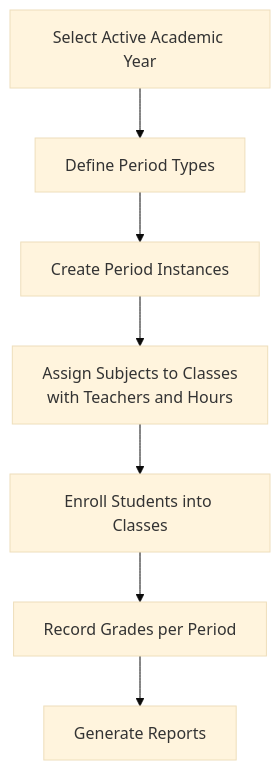
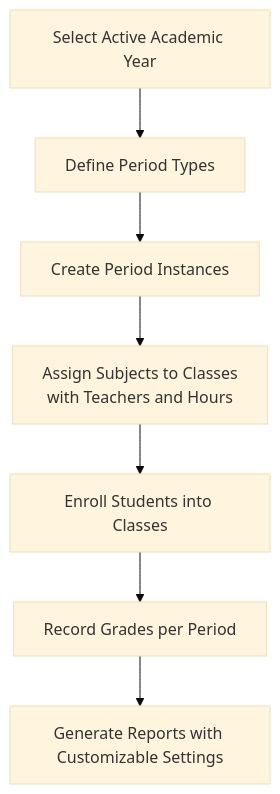
The tenth of 11 diagrams in .qoder/repowiki/en/content/Modules & Features/Academic Modules/Academic Modules.md (franckylab/eLISAschool), drawn with Mermaid (base theme) before and after one commit. The commit also changed other lines of this file and 155 other files, not shown here.

````diff
--- a/.qoder/repowiki/en/content/Modules & Features/Academic Modules/Academic Modules.md
+++ b/.qoder/repowiki/en/content/Modules & Features/Academic Modules/Academic Modules.md
@@ -557,9 +602,9 @@
 ```mermaid
 flowchart TD
 AY["Select Active Academic Year"] --> TP["Define Period Types"]
 TP --> PD["Create Period Instances"]
 PD --> SCH["Assign Subjects to Classes<br/>with Teachers and Hours"]
 SCH --> ENR["Enroll Students into Classes"]
 ENR --> GRADE["Record Grades per Period"]
-GRADE --> REP["Generate Reports"]
+GRADE --> REP["Generate Reports with Customizable Settings"]
 ```
````
